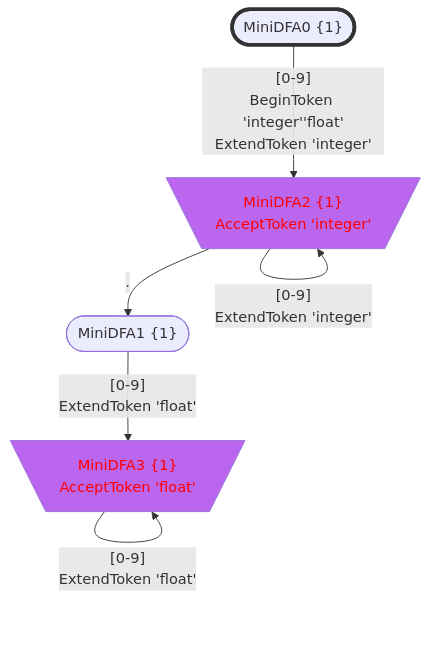
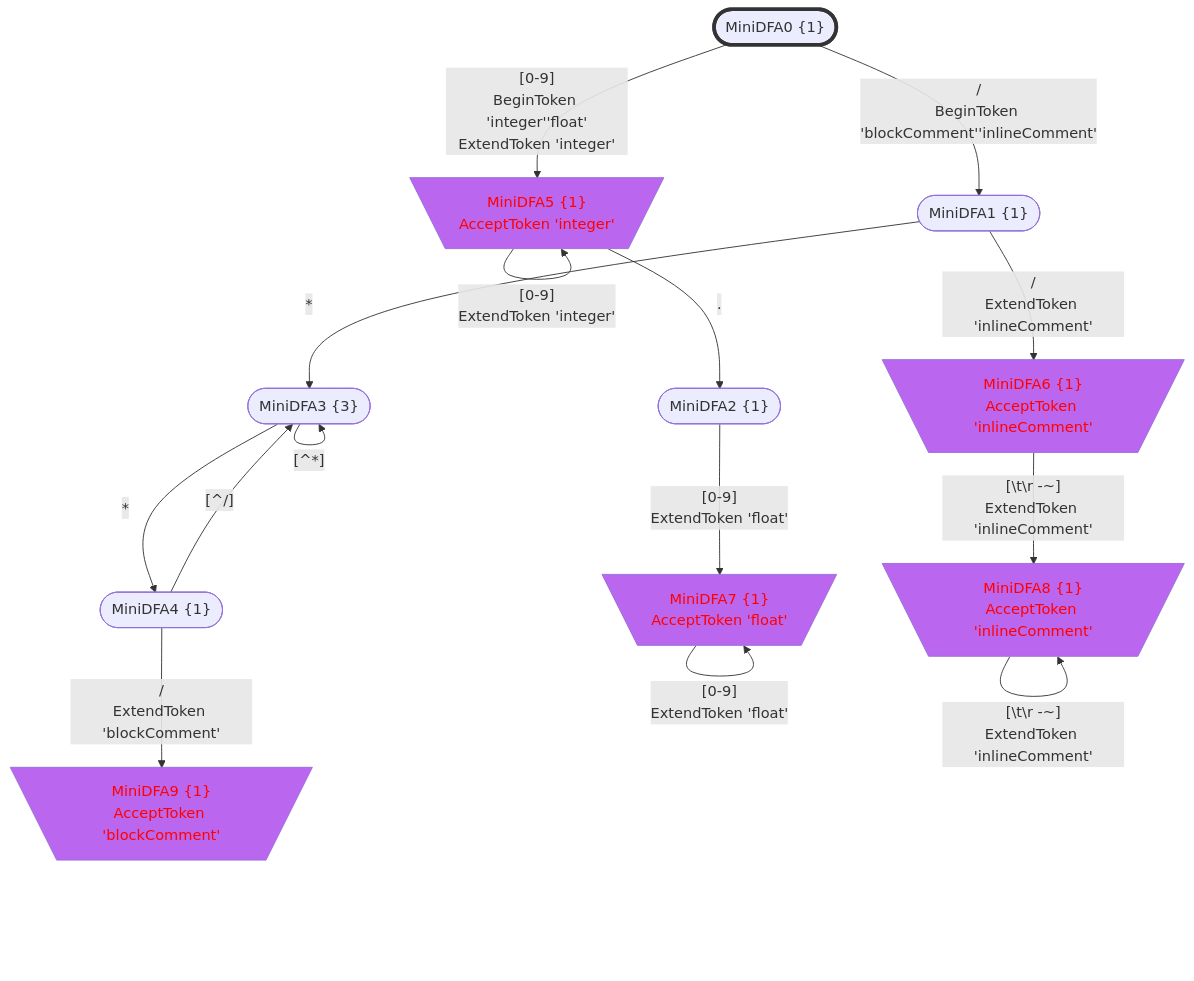
One commit to bitzhuwei/GrammarMentor changed the seventh of 7 diagrams in Practices/Practice.GeneratedXxxFormat.Test/GeneratedNumbers/doc/LexicalStates.gen.md. Above: the diagram before and after it, drawn with Mermaid. The commit also changed other lines of this file and 3868 other files, not shown here.

````diff
--- a/Practices/Practice.GeneratedXxxFormat.Test/GeneratedNumbers/doc/LexicalStates.gen.md
+++ b/Practices/Practice.GeneratedXxxFormat.Test/GeneratedNumbers/doc/LexicalStates.gen.md
@@ -398,37 +831,63 @@
 ```Mermaid
 flowchart
 classDef c0001 color:#FF0000;
 classDef c0010 stroke-dasharray: 10 10;
 classDef c0011 stroke-dasharray: 10 10,color:#FF0000;
 classDef c0100 fill:#BB66EE;
 classDef c0101 fill:#BB66EE,color:#FF0000;
 classDef c0110 fill:#BB66EE,stroke-dasharray: 10 10;
 classDef c0111 fill:#BB66EE,stroke-dasharray: 10 10,color:#FF0000;
 classDef c1000 stroke:#333,stroke-width:4px;
 classDef c1001 stroke:#333,stroke-width:4px,color:#FF0000;
 classDef c1010 stroke:#333,stroke-width:4px,stroke-dasharray: 10 10;
 classDef c1011 stroke:#333,stroke-width:4px,stroke-dasharray: 10 10,color:#FF0000;
 classDef c1100 stroke:#333,stroke-width:4px,fill:#BB66EE;
 classDef c1101 stroke:#333,stroke-width:4px,fill:#BB66EE,color:#FF0000;
 classDef c1110 stroke:#333,stroke-width:4px,fill:#BB66EE,stroke-dasharray: 10 10;
 classDef c1111 stroke:#333,stroke-width:4px,fill:#BB66EE,stroke-dasharray: 10 10,color:#FF0000;
-MiniDFA0_569336601(["MiniDFA0 {1}"])
-class MiniDFA0_569336601 c1000;
-MiniDFA2_-164932217[\"MiniDFA2 {1}
+MiniDFA0_-525307974(["MiniDFA0 {1}"])
+class MiniDFA0_-525307974 c1000;
+MiniDFA5_-1569637513[\"MiniDFA5 {1}
 AcceptToken 'integer'"/]
-class MiniDFA2_-164932217 c0101;
-MiniDFA1_-292777981(["MiniDFA1 {1}"])
-MiniDFA3_-406947756[\"MiniDFA3 {1}
+class MiniDFA5_-1569637513 c0101;
+MiniDFA1_-1850694947(["MiniDFA1 {1}"])
+MiniDFA2_-1722998101(["MiniDFA2 {1}"])
+MiniDFA3_-1677745688(["MiniDFA3 {3}"])
+MiniDFA6_-9237331[\"MiniDFA6 {1}
+AcceptToken 'inlineComment'"/]
+class MiniDFA6_-9237331 c0101;
+MiniDFA7_-2114836410[\"MiniDFA7 {1}
 AcceptToken 'float'"/]
-class MiniDFA3_-406947756 c0101;
-MiniDFA0_569336601 -->|"[0-9]
+class MiniDFA7_-2114836410 c0101;
+MiniDFA4_758297002(["MiniDFA4 {1}"])
+MiniDFA8_1937419997[\"MiniDFA8 {1}
+AcceptToken 'inlineComment'"/]
+class MiniDFA8_1937419997 c0101;
+MiniDFA9_-2008467491[\"MiniDFA9 {1}
+AcceptToken 'blockComment'"/]
+class MiniDFA9_-2008467491 c0101;
+MiniDFA0_-525307974 -->|"[0-9]
 BeginToken 'integer''float'
-ExtendToken 'integer'"|MiniDFA2_-164932217
-MiniDFA2_-164932217 -->|"[0-9]
-ExtendToken 'integer'"|MiniDFA2_-164932217
-MiniDFA2_-164932217 -->|"."|MiniDFA1_-292777981
-MiniDFA1_-292777981 -->|"[0-9]
-ExtendToken 'float'"|MiniDFA3_-406947756
-MiniDFA3_-406947756 -->|"[0-9]
-ExtendToken 'float'"|MiniDFA3_-406947756
+ExtendToken 'integer'"|MiniDFA5_-1569637513
+MiniDFA0_-525307974 -->|"/
+BeginToken 'blockComment''inlineComment'"|MiniDFA1_-1850694947
+MiniDFA5_-1569637513 -->|"[0-9]
+ExtendToken 'integer'"|MiniDFA5_-1569637513
+MiniDFA5_-1569637513 -->|"."|MiniDFA2_-1722998101
+MiniDFA1_-1850694947 -->|"*"|MiniDFA3_-1677745688
+MiniDFA1_-1850694947 -->|"/
+ExtendToken 'inlineComment'"|MiniDFA6_-9237331
+MiniDFA2_-1722998101 -->|"[0-9]
+ExtendToken 'float'"|MiniDFA7_-2114836410
+MiniDFA3_-1677745688 -->|"[^*]"|MiniDFA3_-1677745688
+MiniDFA3_-1677745688 -->|"*"|MiniDFA4_758297002
+MiniDFA6_-9237331 -->|"[#92;t#92;r#32;-~]
+ExtendToken 'inlineComment'"|MiniDFA8_1937419997
+MiniDFA7_-2114836410 -->|"[0-9]
+ExtendToken 'float'"|MiniDFA7_-2114836410
+MiniDFA4_758297002 -->|"[^/]"|MiniDFA3_-1677745688
+MiniDFA4_758297002 -->|"/
+ExtendToken 'blockComment'"|MiniDFA9_-2008467491
+MiniDFA8_1937419997 -->|"[#92;t#92;r#32;-~]
+ExtendToken 'inlineComment'"|MiniDFA8_1937419997
 ```
````
